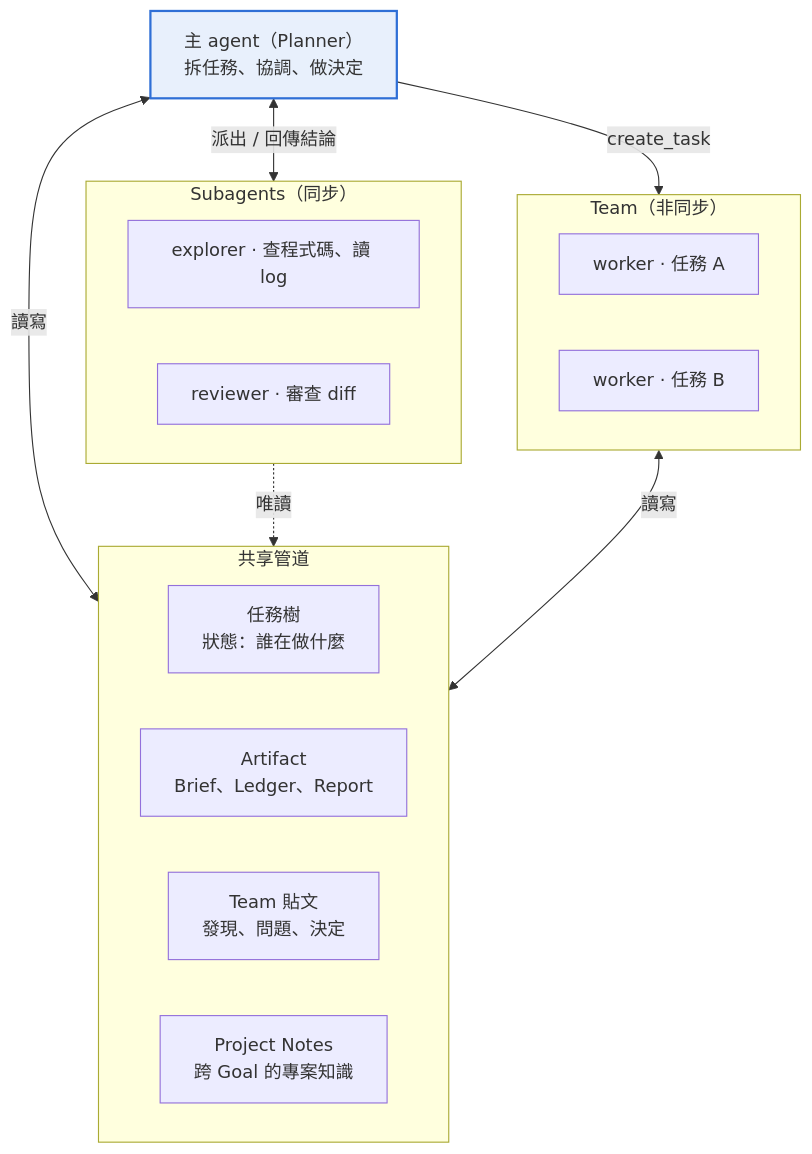
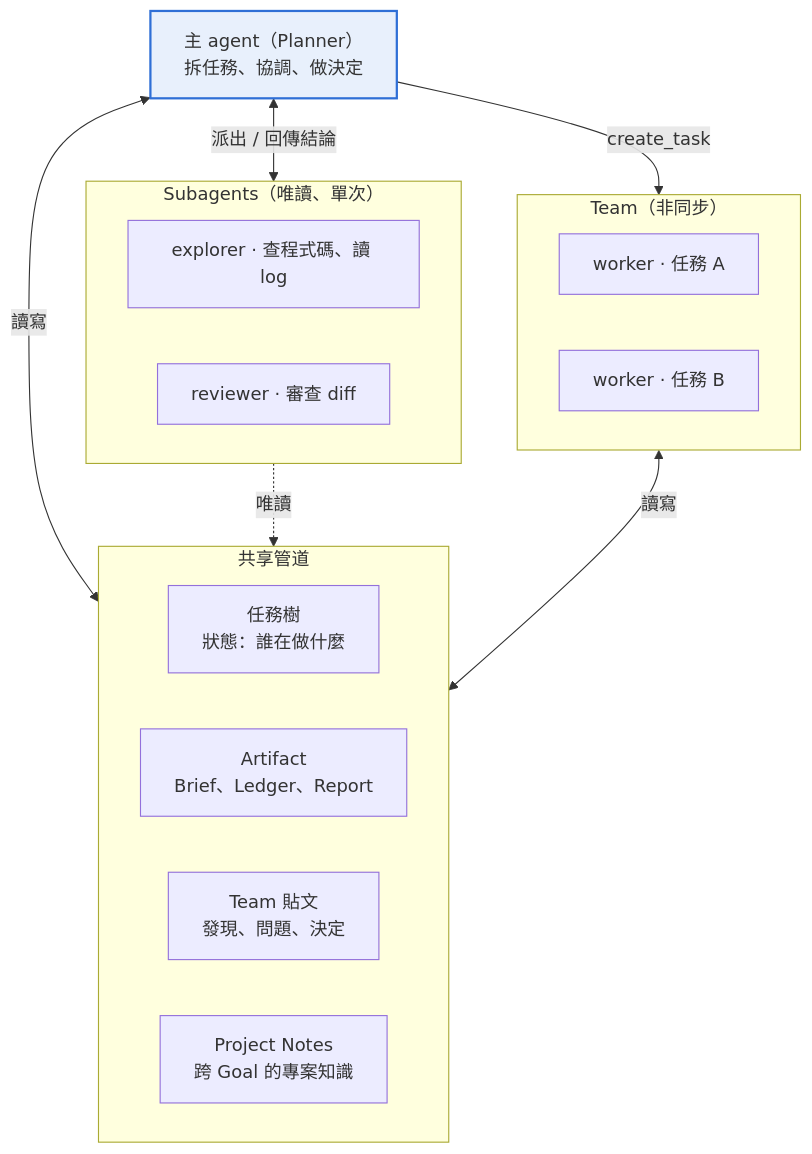
One commit to iceice666/pots changed the diagram in proposal/agent-collaboration.md. Above: the diagram before and after it, drawn with Mermaid. The commit also changed other lines of this file, not shown here.

Commit message:
docs(repo/proposal): describe background subagents for the chat agent

````diff
--- a/proposal/agent-collaboration.md
+++ b/proposal/agent-collaboration.md
@@ -123,29 +123,29 @@
 ```mermaid
 flowchart TB
     main["主 agent（Planner）<br/>拆任務、協調、做決定"]
 
-    subgraph subagents["Subagents（同步）"]
+    subgraph subagents["Subagents（唯讀、單次）"]
         explorer["explorer · 查程式碼、讀 log"]
         reviewer["reviewer · 審查 diff"]
     end
 
     subgraph team["Team（非同步）"]
         workerA["worker · 任務 A"]
         workerB["worker · 任務 B"]
     end
 
     subgraph shared["共享管道"]
         tasks["任務樹<br/>狀態：誰在做什麼"]
         artifacts["Artifact<br/>Brief、Ledger、Report"]
         posts["Team 貼文<br/>發現、問題、決定"]
         notes["Project Notes<br/>跨 Goal 的專案知識"]
     end
 
     main <-->|"派出 / 回傳結論"| subagents
     main -->|create_task| team
     main <-->|讀寫| shared
     subagents -.->|唯讀| shared
     team <-->|讀寫| shared
 
     style main fill:#e8f0fc,stroke:#2f6fd6,stroke-width:2px
 ```
````
